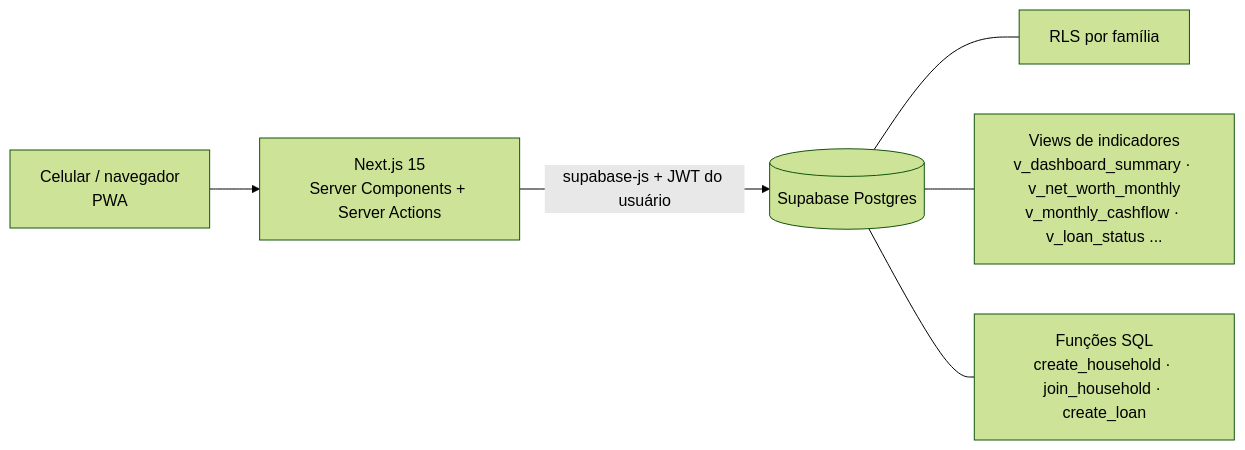
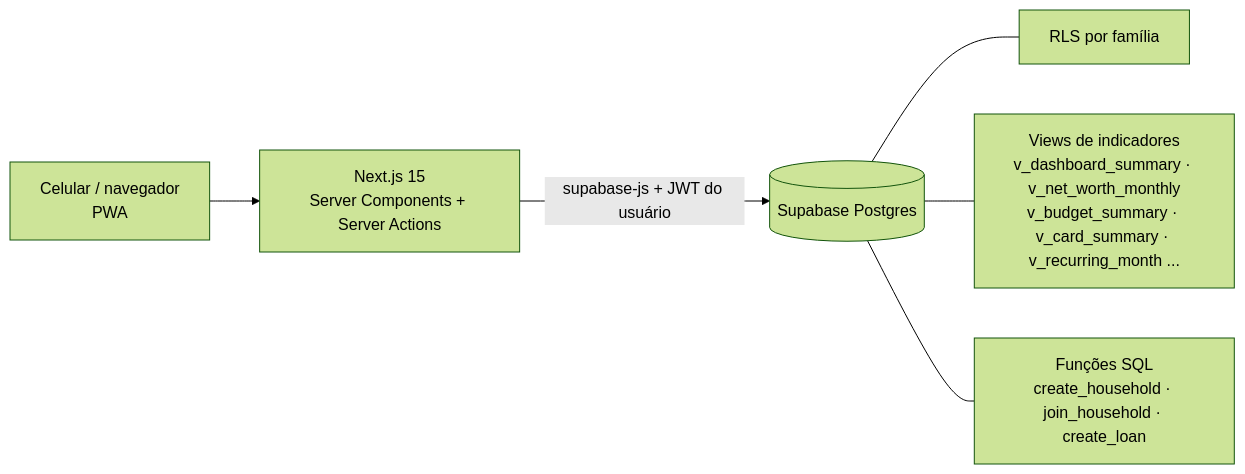
One commit to 4uguzt0/painel_financeiro_familiar changed the diagram in README.md. Above: the diagram before and after it, drawn with Mermaid (forest theme). The commit also changed other lines of this file and 35 other files, not shown here.

````diff
--- a/README.md
+++ b/README.md
@@ -44,8 +47,8 @@
 ```mermaid
 flowchart LR
   U[Celular / navegador<br/>PWA] --> N[Next.js 15<br/>Server Components + Server Actions]
   N -->|supabase-js + JWT do usuário| S[(Supabase Postgres)]
   S --- R[RLS por família]
-  S --- V[Views de indicadores<br/>v_dashboard_summary · v_net_worth_monthly<br/>v_monthly_cashflow · v_loan_status ...]
+  S --- V[Views de indicadores<br/>v_dashboard_summary · v_net_worth_monthly<br/>v_budget_summary · v_card_summary · v_recurring_month ...]
   S --- F[Funções SQL<br/>create_household · join_household · create_loan]
 ```
````
